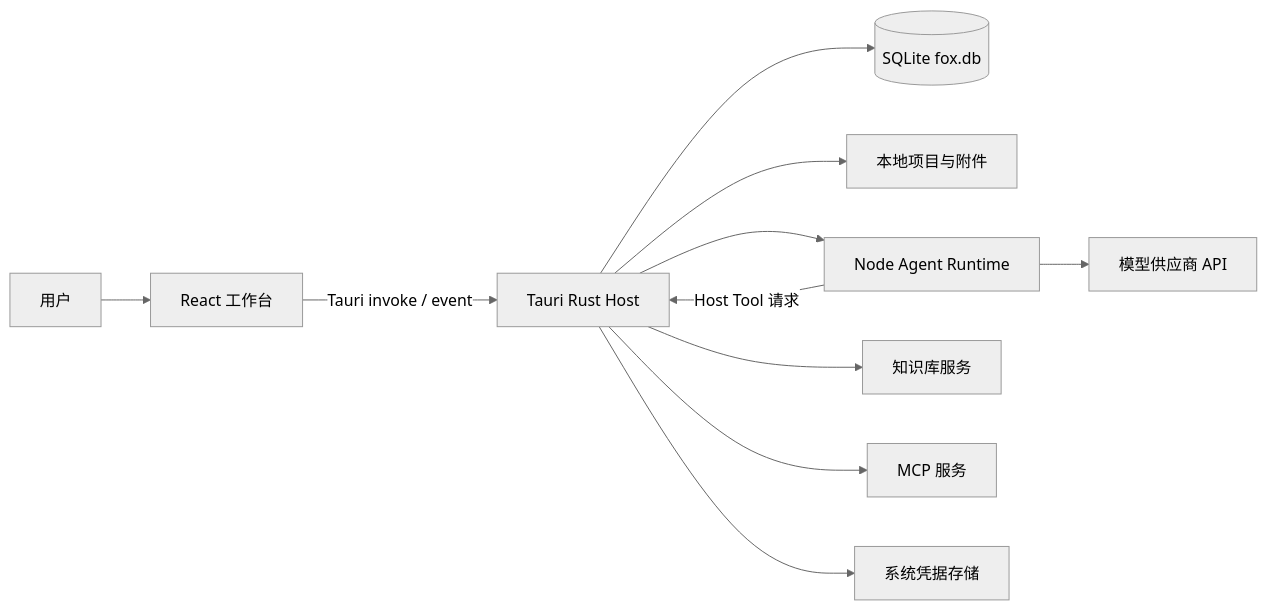
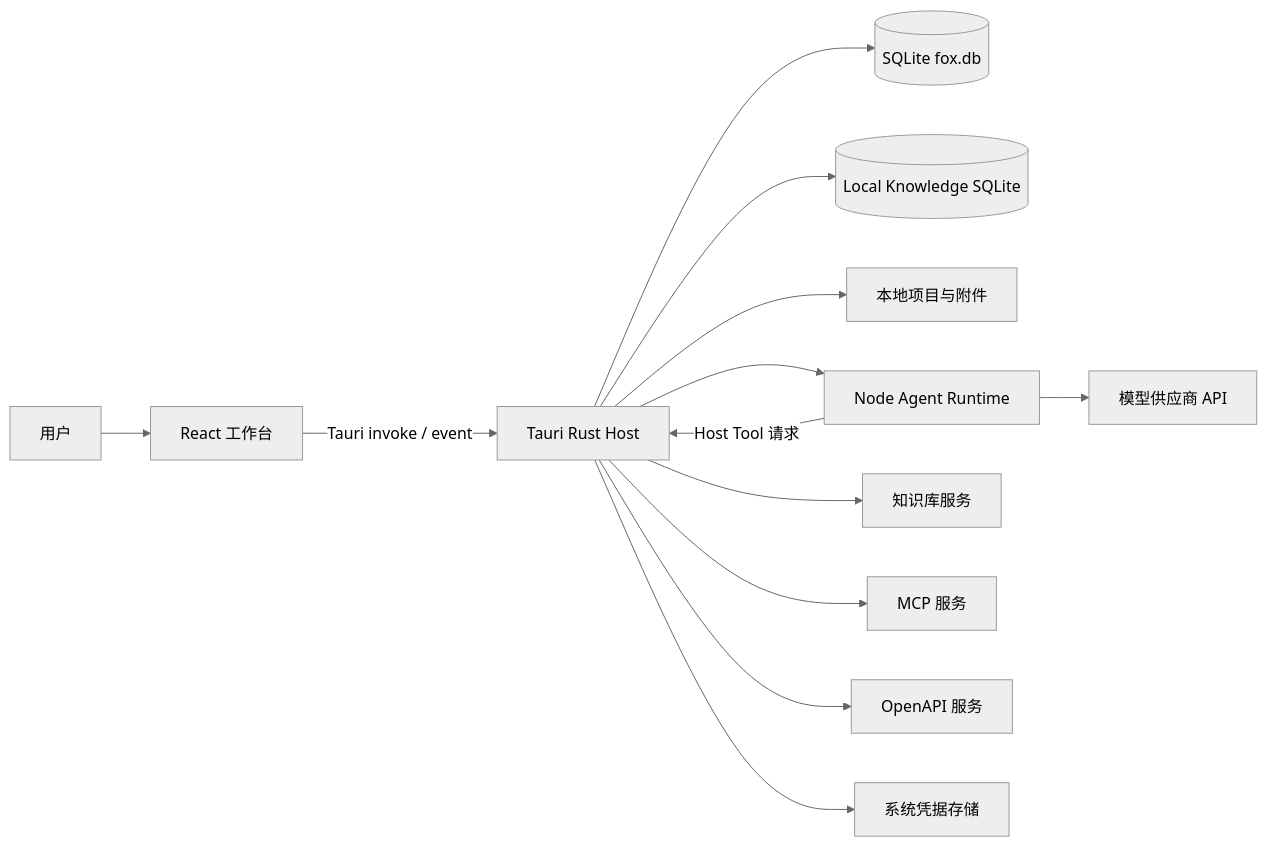
One commit to Hry1729/Fox-Agent changed the first of 2 diagrams in docs/01-项目概览/系统概览.md. Above: the diagram before and after it, drawn with Mermaid (neutral theme). The commit also changed other lines of this file and 224 other files, not shown here.

````diff
--- a/docs/01-项目概览/系统概览.md
+++ b/docs/01-项目概览/系统概览.md
@@ -14,13 +14,15 @@
 ```mermaid
 flowchart LR
   User["用户"] --> UI["React 工作台"]
   UI -->|"Tauri invoke / event"| Host["Tauri Rust Host"]
   Host --> DB[("SQLite fox.db")]
+  Host --> LocalKnowledge[("Local Knowledge SQLite")]
   Host --> Files["本地项目与附件"]
   Host --> Runtime["Node Agent Runtime"]
   Runtime --> Model["模型供应商 API"]
   Runtime -->|"Host Tool 请求"| Host
   Host --> Knowledge["知识库服务"]
   Host --> MCP["MCP 服务"]
+  Host --> OpenAPI["OpenAPI 服务"]
   Host --> Keyring["系统凭据存储"]
 ```
````
